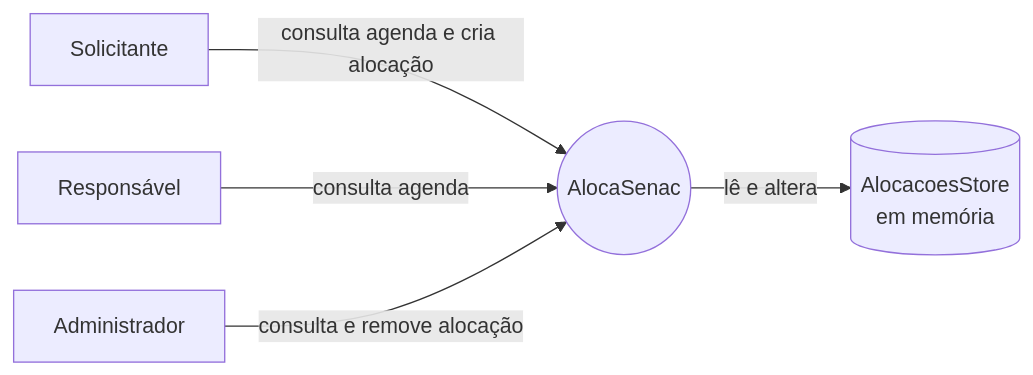
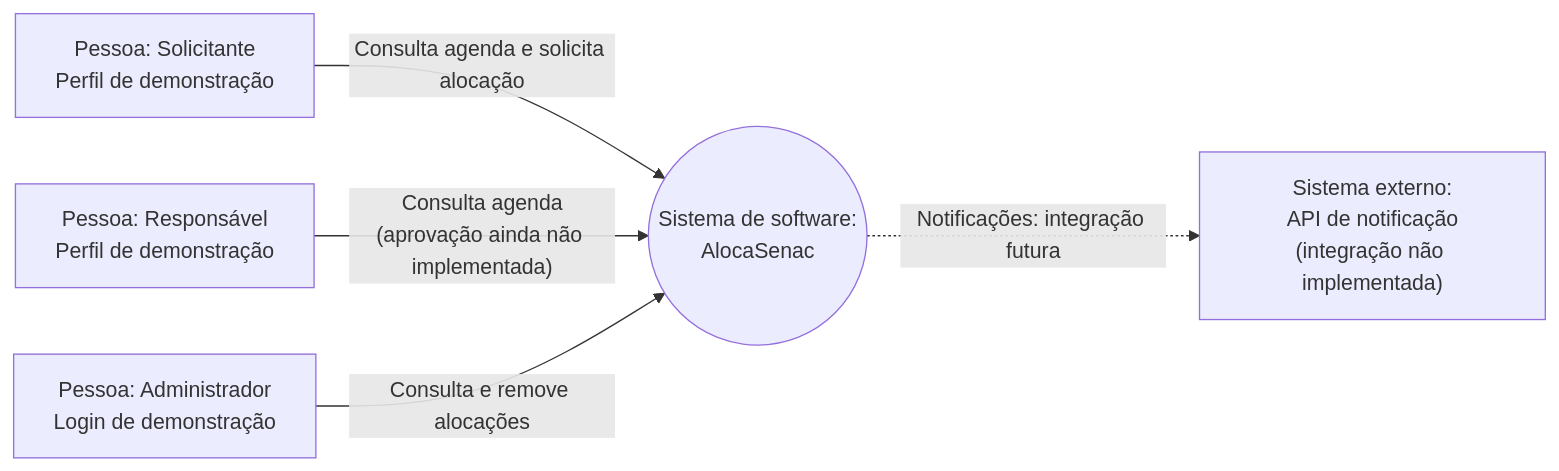
The first of 4 diagrams in docs/arquitetura.md (tiphy/projeto-QA), drawn with Mermaid before and after one commit. The commit also changed other lines of this file and 3 other files, not shown here.

Commit message:
diagramas C4, sequências críticas e ADRs

````diff
--- a/docs/arquitetura.md
+++ b/docs/arquitetura.md
@@ -7,13 +13,13 @@
 ```mermaid
 flowchart LR
-    Solicitante[Solicitante]
-    Responsavel[Responsável]
-    Administrador[Administrador]
-    Sistema((AlocaSenac))
-    Memoria[(AlocacoesStore<br/>em memória)]
+    Solicitante["Pessoa: Solicitante<br/>Perfil de demonstração"]
+    Responsavel["Pessoa: Responsável<br/>Perfil de demonstração"]
+    Administrador["Pessoa: Administrador<br/>Login de demonstração"]
+    Sistema(("Sistema de software:<br/>AlocaSenac"))
+    Notificacao["Sistema externo:<br/>API de notificação<br/>(integração não implementada)"]
 
-    Solicitante -->|consulta agenda e cria alocação| Sistema
-    Responsavel -->|consulta agenda| Sistema
-    Administrador -->|consulta e remove alocação| Sistema
-    Sistema -->|lê e altera| Memoria
+    Solicitante -->|"Consulta agenda e solicita alocação"| Sistema
+    Responsavel -->|"Consulta agenda<br/>(aprovação ainda não implementada)"| Sistema
+    Administrador -->|"Consulta e remove alocações"| Sistema
+    Sistema -.->|"Notificações: integração futura"| Notificacao
 ```
````
